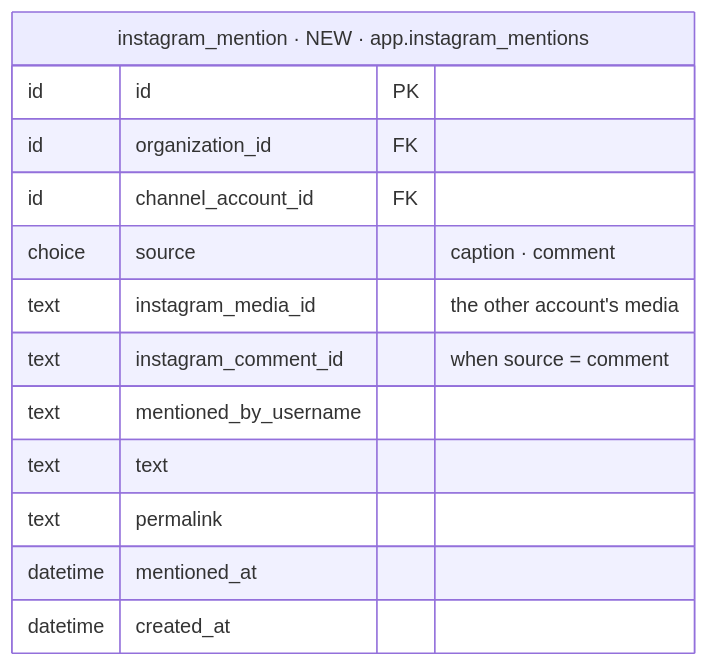
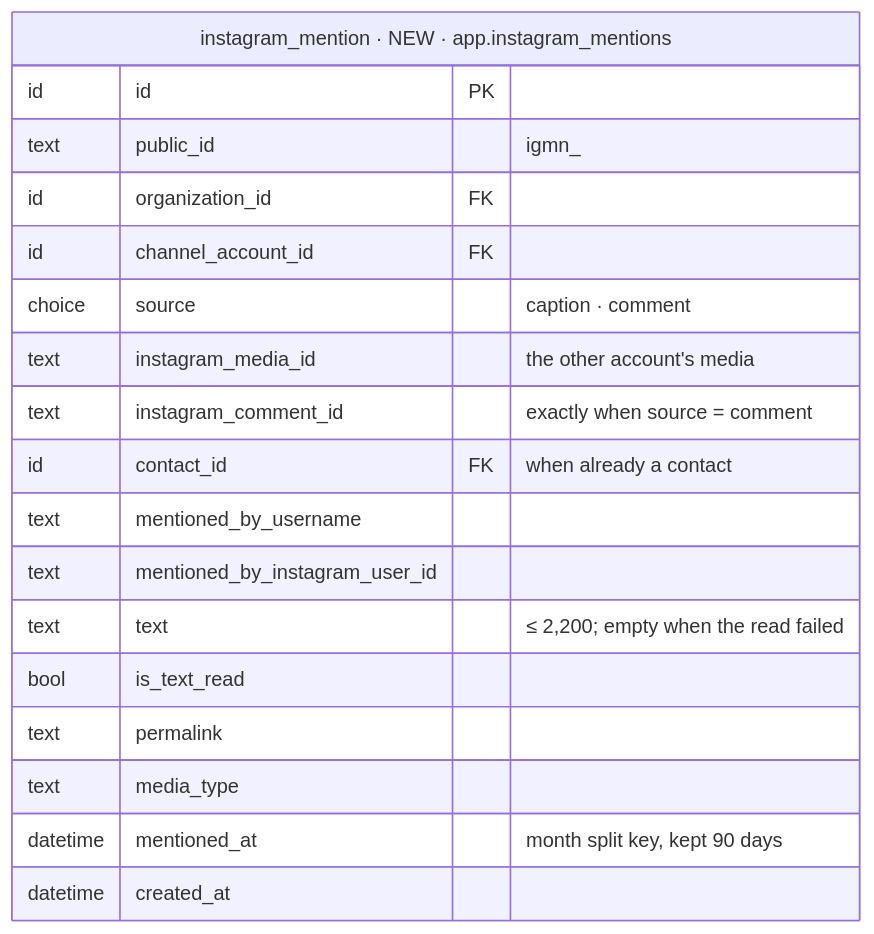
Before and after one commit to albetrios/meepzo-be: the third of 3 diagrams in iterations/feat-instagram-engage-2026-11-26-suzw/plans/db-changes.md, drawn with Mermaid. The commit also changed other lines of this file and 22 other files, not shown here.

````diff
--- a/iterations/feat-instagram-engage-2026-11-26-suzw/plans/db-changes.md
+++ b/iterations/feat-instagram-engage-2026-11-26-suzw/plans/db-changes.md
@@ -67,16 +67,21 @@
 ```mermaid
 erDiagram
   instagram_mention["instagram_mention · NEW · app.instagram_mentions"] {
     id id PK
+    text public_id "igmn_"
     id organization_id FK
     id channel_account_id FK
     choice source "caption · comment"
     text instagram_media_id "the other account's media"
-    text instagram_comment_id "when source = comment"
+    text instagram_comment_id "exactly when source = comment"
+    id contact_id FK "when already a contact"
     text mentioned_by_username
-    text text
+    text mentioned_by_instagram_user_id
+    text text "≤ 2,200; empty when the read failed"
+    bool is_text_read
     text permalink
-    datetime mentioned_at
+    text media_type
+    datetime mentioned_at "month split key, kept 90 days"
     datetime created_at
   }
 ```
````
